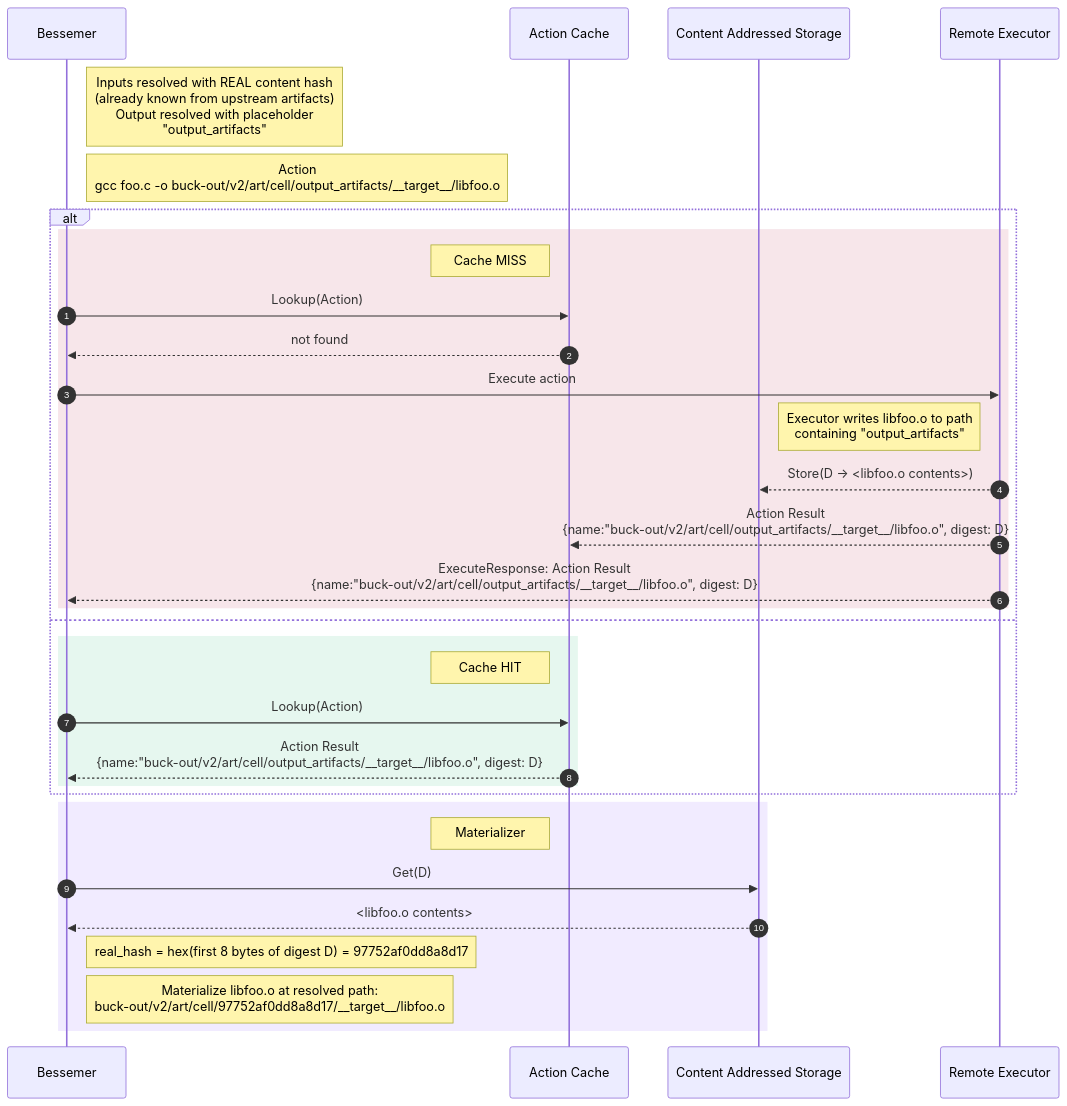
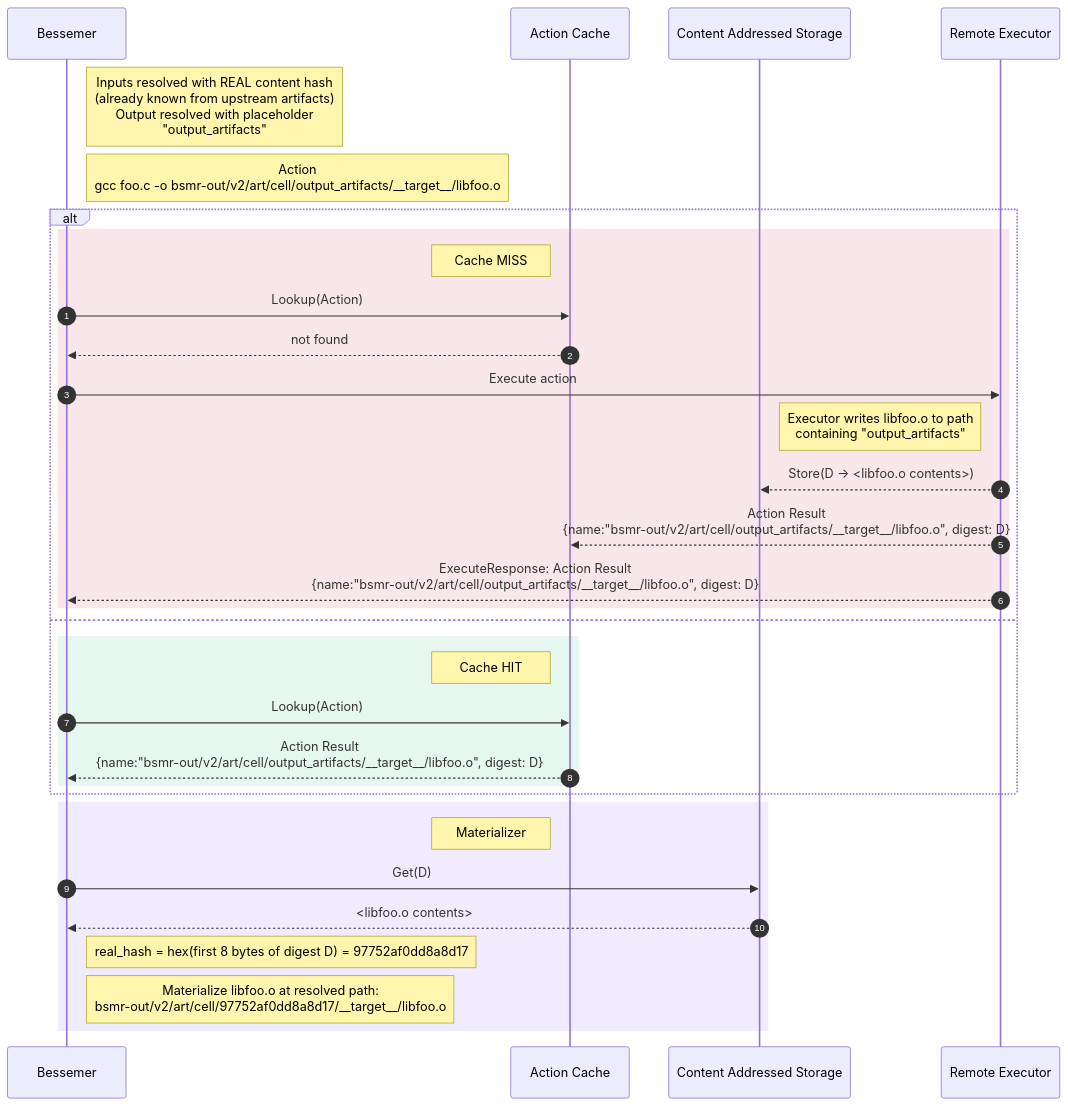
Before and after one commit to dedalus-labs/bsmr: the first of 4 diagrams in docs/rule_authors/content_based_paths.md, drawn with Mermaid. The commit also changed other lines of this file and 18 other files, not shown here.

````diff
--- a/docs/rule_authors/content_based_paths.md
+++ b/docs/rule_authors/content_based_paths.md
@@ -126,35 +126,35 @@
 ```mermaid
 sequenceDiagram
     autonumber
     participant B as Bessemer
     participant AC as Action Cache
     participant CAS as Content Addressed Storage
     participant RE as Remote Executor
     Note right of B: Inputs resolved with REAL content hash<br/>(already known from upstream artifacts)<br/>Output resolved with placeholder<br/>"output_artifacts"
-    Note right of B: Action<br/>gcc foo.c -o buck-out/v2/art/cell/output_artifacts/__target__/libfoo.o
+    Note right of B: Action<br/>gcc foo.c -o bsmr-out/v2/art/cell/output_artifacts/__target__/libfoo.o
     alt
         rect rgb(247 230 234)
         Note left of AC: Cache MISS
         B->>AC: Lookup(Action)
         AC-->>B: not found
         B->>RE: Execute action
         Note left of RE: Executor writes libfoo.o to path<br/>containing "output_artifacts"
         RE-->>CAS: Store(D -> <libfoo.o contents>)
-        RE-->>AC: Action Result<br/>{name:"buck-out/v2/art/cell/output_artifacts/__target__/libfoo.o", digest: D}
-        RE-->>B: ExecuteResponse: Action Result<br/>{name:"buck-out/v2/art/cell/output_artifacts/__target__/libfoo.o", digest: D}
+        RE-->>AC: Action Result<br/>{name:"bsmr-out/v2/art/cell/output_artifacts/__target__/libfoo.o", digest: D}
+        RE-->>B: ExecuteResponse: Action Result<br/>{name:"bsmr-out/v2/art/cell/output_artifacts/__target__/libfoo.o", digest: D}
         end
     else
         rect rgb(230 247 239)
         Note left of AC: Cache HIT
         B->>AC: Lookup(Action)
-        AC-->>B: Action Result<br/>{name:"buck-out/v2/art/cell/output_artifacts/__target__/libfoo.o", digest: D}
+        AC-->>B: Action Result<br/>{name:"bsmr-out/v2/art/cell/output_artifacts/__target__/libfoo.o", digest: D}
         end
     end
     rect rgb(241 235 255)
     Note left of AC: Materializer
     B->>CAS: Get(D)
     CAS-->>B: <libfoo.o contents>
     Note right of B: real_hash = hex(first 8 bytes of digest D) = 97752af0dd8a8d17
-    Note right of B: Materialize libfoo.o at resolved path:<br/>buck-out/v2/art/cell/97752af0dd8a8d17/__target__/libfoo.o
+    Note right of B: Materialize libfoo.o at resolved path:<br/>bsmr-out/v2/art/cell/97752af0dd8a8d17/__target__/libfoo.o
     end
 ```
````
